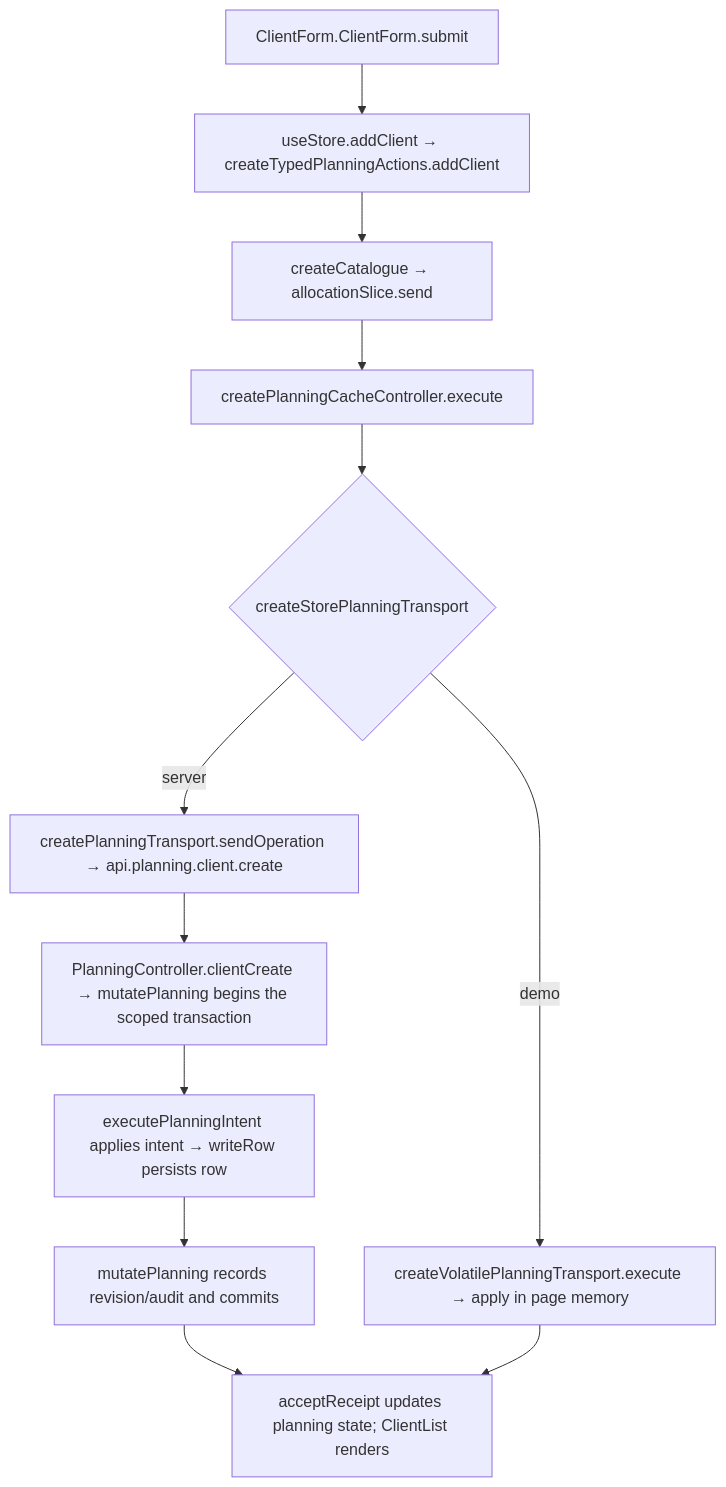
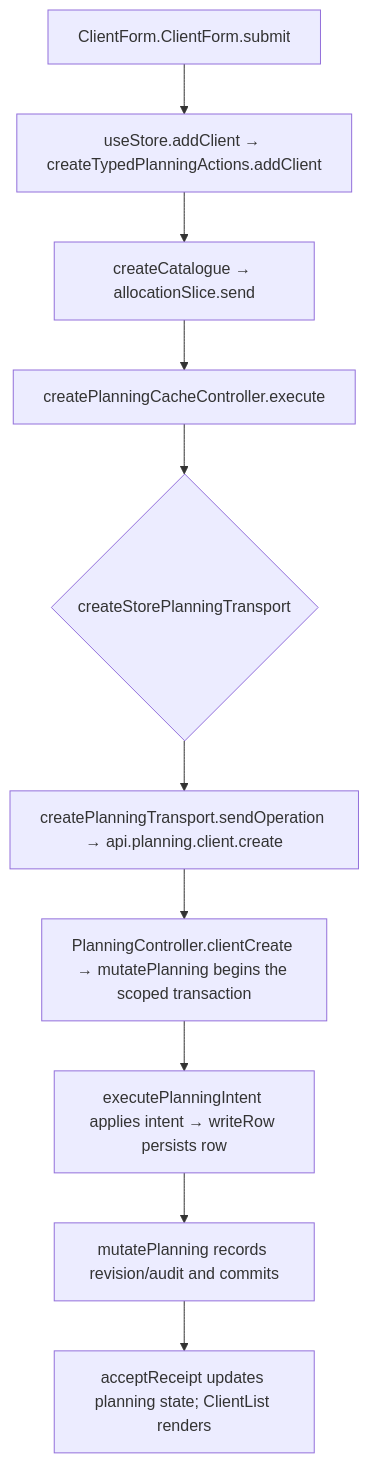
One commit to Kevinjohn/capacitylens changed the second of 2 diagrams in user-stories/clients/US-CLI-01-add-client.md. Above: the diagram before and after it, drawn with Mermaid. The commit also changed other lines of this file and 343 other files, not shown here.

Commit message:
feat: use server-owned company planning and a disposable development demo

````diff
--- a/user-stories/clients/US-CLI-01-add-client.md
+++ b/user-stories/clients/US-CLI-01-add-client.md
@@ -36,9 +36,8 @@
 ```mermaid
 flowchart TD
   A["ClientForm.ClientForm.submit"] --> B["useStore.addClient → createTypedPlanningActions.addClient"]
   B --> C["createCatalogue → allocationSlice.send"]
   C --> D["createPlanningCacheController.execute"] --> E{"createStorePlanningTransport"}
-  E -->|server| F["createPlanningTransport.sendOperation → api.planning.client.create"] --> G["PlanningController.clientCreate → mutatePlanning begins the scoped transaction"]
+  E --> F["createPlanningTransport.sendOperation → api.planning.client.create"] --> G["PlanningController.clientCreate → mutatePlanning begins the scoped transaction"]
   G --> H["executePlanningIntent applies intent → writeRow persists row"] --> K["mutatePlanning records revision/audit and commits"] --> J["acceptReceipt updates planning state; ClientList renders"]
-  E -->|demo| I["createVolatilePlanningTransport.execute → apply in page memory"] --> J
 ```
````
